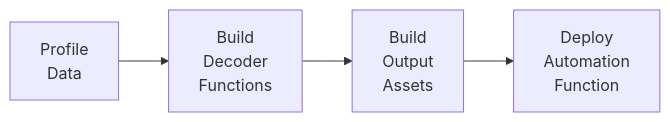
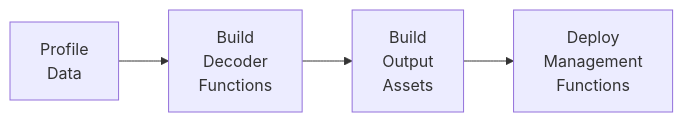
Before and after one commit to decode-data/decode-data.github.io: the second of 2 diagrams in docs/index.md, drawn with Mermaid. The commit also changed other lines of this file, not shown here.

````diff
--- a/docs/index.md
+++ b/docs/index.md
@@ -42,4 +40,4 @@
     ```mermaid
     flowchart LR
-     profile_data["Profile<br>Data"] --> build_decoder_functions["Build<br>Decoder<br>Functions"] --> build_output_assets["Build<br>Output<br>Assets"] --> deploy_automation_function["Deploy<br>Automation<br>Function"] 
+     profile_data["Profile<br>Data"] --> build_decoder_functions["Build<br>Decoder<br>Functions"] --> build_output_assets["Build<br>Output<br>Assets"] --> deploy_automation_function["Deploy<br>Management<br>Functions"] 
     ```
````
